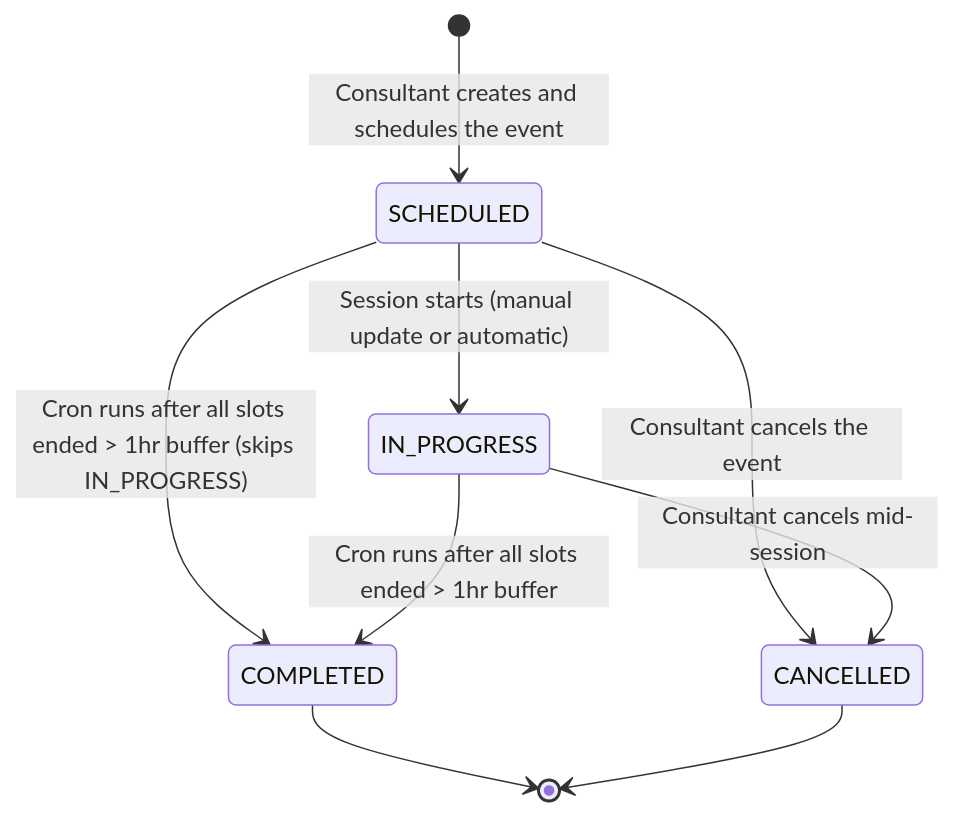
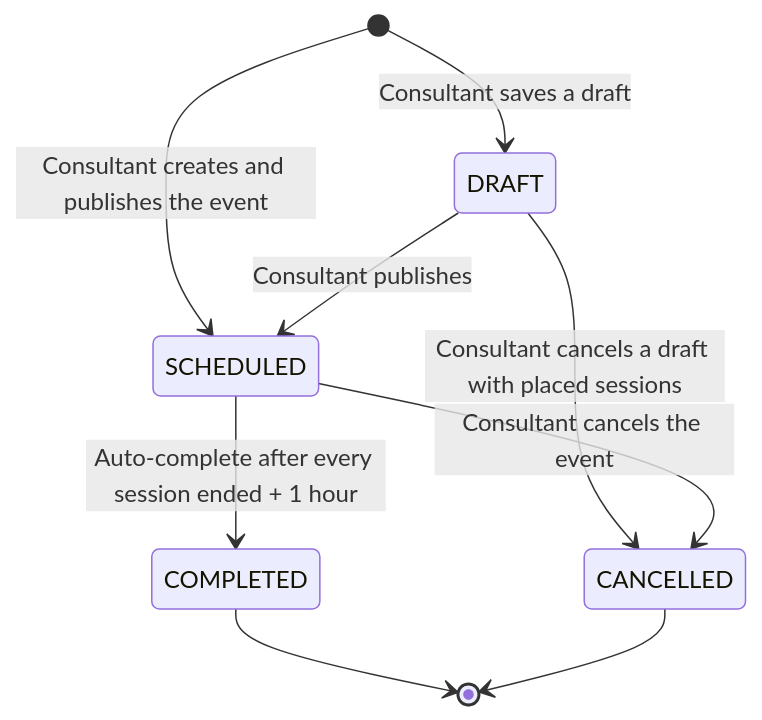
Before and after one commit to Practitionist/familiarise_web: diagram 13 of 16 in docs/booking/06-booking-lifecycle.md, drawn with Mermaid. The commit also changed other lines of this file and 20 other files, not shown here.

````diff
--- a/docs/booking/06-booking-lifecycle.md
+++ b/docs/booking/06-booking-lifecycle.md
@@ -980,14 +981,13 @@
 ```mermaid
 stateDiagram-v2
-    [*] --> SCHEDULED: Consultant creates and schedules the event
+    [*] --> DRAFT: Consultant saves a draft
+    [*] --> SCHEDULED: Consultant creates and publishes the event
+    DRAFT --> SCHEDULED: Consultant publishes
+    DRAFT --> CANCELLED: Consultant cancels a draft with placed sessions
 
-    SCHEDULED --> IN_PROGRESS: Session starts (manual update or automatic)
-    SCHEDULED --> COMPLETED: Cron runs after all slots ended > 1hr buffer (skips IN_PROGRESS)
+    SCHEDULED --> COMPLETED: Auto-complete after every session ended + 1 hour
     SCHEDULED --> CANCELLED: Consultant cancels the event
-
-    IN_PROGRESS --> COMPLETED: Cron runs after all slots ended > 1hr buffer
-    IN_PROGRESS --> CANCELLED: Consultant cancels mid-session
 
     COMPLETED --> [*]
     CANCELLED --> [*]
 ```
````
